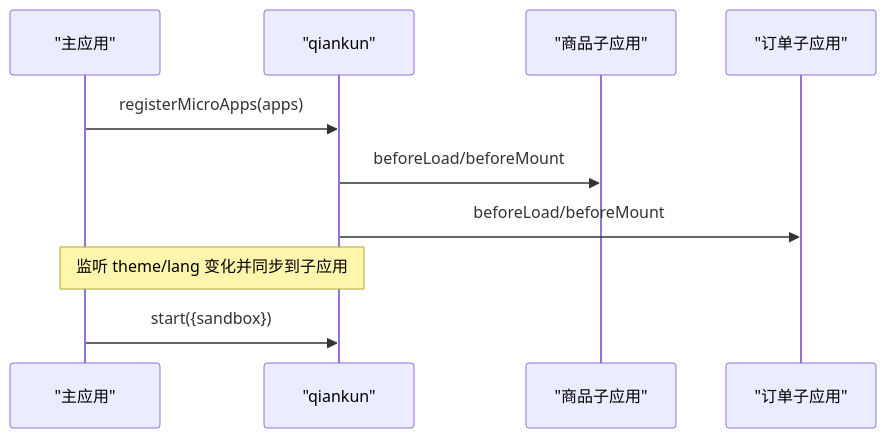
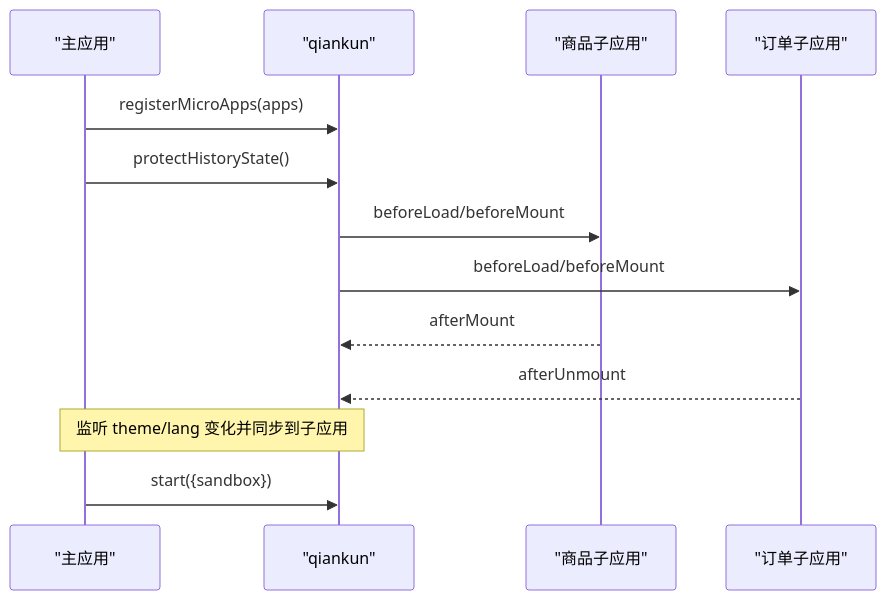
Before and after one commit to haohailiang/qoder-fullstack: diagram 11 of 13 in .qoder/repowiki/zh/content/前端架构设计/主应用(base-app).md, drawn with Mermaid. The commit also changed other lines of this file and 33 other files, not shown here.

````diff
--- a/.qoder/repowiki/zh/content/前端架构设计/主应用(base-app).md
+++ b/.qoder/repowiki/zh/content/前端架构设计/主应用(base-app).md
@@ -434,12 +532,15 @@
 ```mermaid
 sequenceDiagram
 participant Base as "主应用"
 participant Q as "qiankun"
 participant P as "商品子应用"
 participant O as "订单子应用"
 Base->>Q : registerMicroApps(apps)
+Base->>Q : protectHistoryState()
 Q->>P : beforeLoad/beforeMount
 Q->>O : beforeLoad/beforeMount
+P-->>Q : afterMount
+O-->>Q : afterUnmount
 Note over Base,Q : 监听 theme/lang 变化并同步到子应用
 Base->>Q : start({sandbox})
 ```
````
